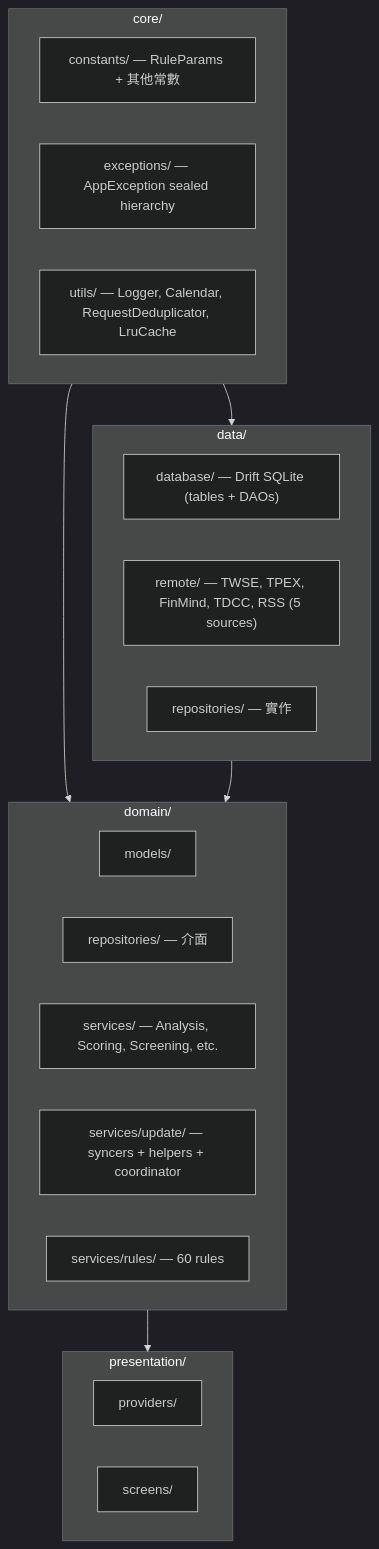
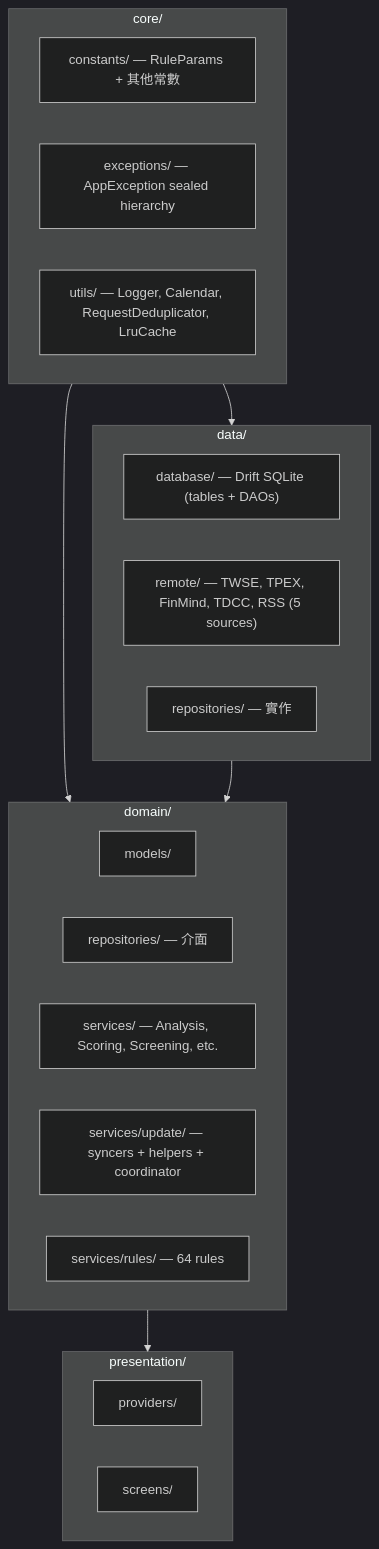
One commit to Neal75418/afterclose changed the first of 2 diagrams in .claude/rules/architecture.md. Above: the diagram before and after it, drawn with Mermaid.

Commit message:
docs(architecture): rules 60→64（逐條 re-review 補漏）
architecture.md 分層圖 services/rules 60→64（與全 repo 一致）。

update-pipeline.md 逐條驗證：10 syncers + 3 helpers + UpdateService +
RuleAccuracyService 共 15 個 class 全存在、計數正確 → 無需修。

````diff
--- a/.claude/rules/architecture.md
+++ b/.claude/rules/architecture.md
@@ -11,33 +11,33 @@
 ```mermaid
 %%{init: {'theme': 'dark'}}%%
 flowchart TB
     subgraph Core["core/"]
         Constants["constants/ — RuleParams + 其他常數"]
         Exceptions["exceptions/ — AppException sealed hierarchy"]
         Utils["utils/ — Logger, Calendar, RequestDeduplicator, LruCache"]
     end
 
     subgraph Data["data/"]
         Database["database/ — Drift SQLite (tables + DAOs)"]
         Remote["remote/ — TWSE, TPEX, FinMind, TDCC, RSS (5 sources)"]
         Repos["repositories/ — 實作"]
     end
 
     subgraph Domain["domain/"]
         Models["models/"]
         RepoIF["repositories/ — 介面"]
         Services["services/ — Analysis, Scoring, Screening, etc."]
         Update["services/update/ — syncers + helpers + coordinator"]
-        Rules["services/rules/ — 60 rules"]
+        Rules["services/rules/ — 64 rules"]
     end
 
     subgraph Presentation["presentation/"]
         Providers["providers/"]
         Screens["screens/"]
     end
 
     Core --> Data
     Core --> Domain
     Data --> Domain
     Domain --> Presentation
 ```
````
